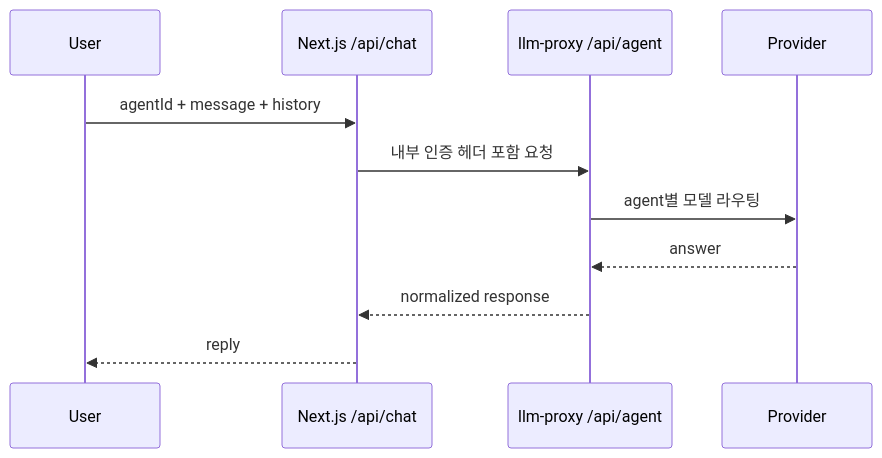
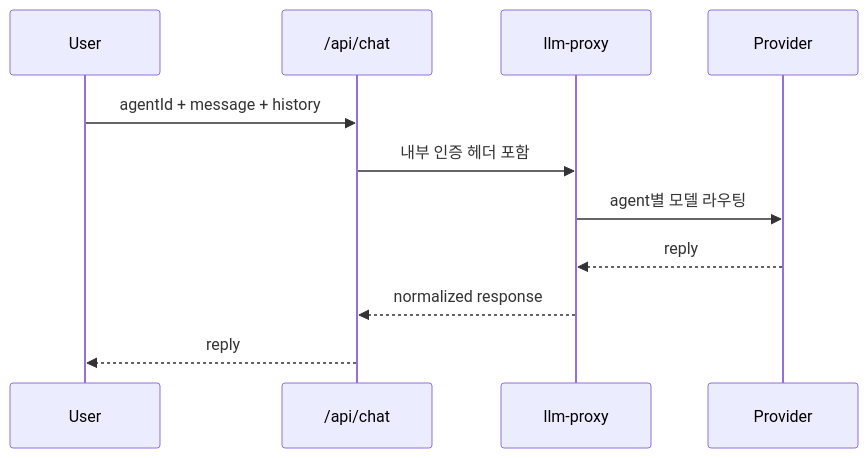
Before and after one commit to Merchantlee99/Personal-AI-agent-v2: the second of 3 diagrams in docs/ARCHITECTURE.md, drawn with Mermaid. The commit also changed other lines of this file and 5 other files, not shown here.

Commit message:
docs: clarity pass for architecture, operations, security, and use-cases

````diff
--- a/docs/ARCHITECTURE.md
+++ b/docs/ARCHITECTURE.md
@@ -69,14 +69,14 @@
 ```mermaid
 sequenceDiagram
   participant U as User
-  participant FE as Next.js /api/chat
-  participant PX as llm-proxy /api/agent
+  participant FE as /api/chat
+  participant PX as llm-proxy
   participant LLM as Provider
 
   U->>FE: agentId + message + history
-  FE->>PX: 내부 인증 헤더 포함 요청
+  FE->>PX: 내부 인증 헤더 포함
   PX->>LLM: agent별 모델 라우팅
-  LLM-->>PX: answer
+  LLM-->>PX: reply
   PX-->>FE: normalized response
   FE-->>U: reply
 ```
````
